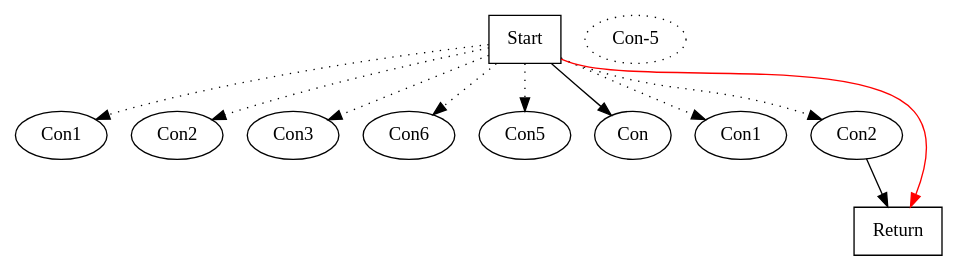
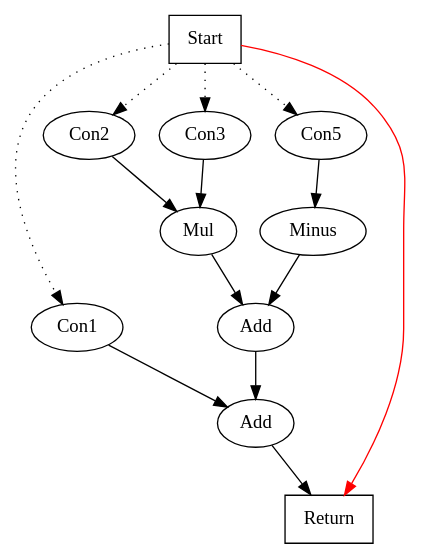
Before and after one commit to SeaOfNodes/Simple: the diagram in chapter02/docs/02-post-peephole-ex1.gv, drawn with Graphviz. The commit also changed 1 other file, not shown here.

Commit message:
Update pre-peephole diagram

```diff
--- a/chapter02/docs/02-post-peephole-ex1.gv
+++ b/chapter02/docs/02-post-peephole-ex1.gv
@@ -1,24 +1,27 @@
 digraph chapter02
 {
 	Start1 [shape=box,  label="Start"];
 	Con12 [ label="Con1"];
 	Start1 -> Con12 [style=dotted];
 	Con23 [ label="Con2"];
 	Start1 -> Con23 [style=dotted];
 	Con34 [ label="Con3"];
 	Start1 -> Con34 [style=dotted];
-	Con66 [ label="Con6"];
-	Start1 -> Con66 [style=dotted];
-	Con57 [ label="Con5"];
-	Start1 -> Con57 [style=dotted];
-	Con-59 [ label="Con-5"];
-	Start1 -> Con-59 [style=dotted];
-	Con111 [ label="Con1"];
-	Start1 -> Con111 [style=dotted];
-	Con213 [ label="Con2"];
-	Start1 -> Con213 [style=dotted];
-	Return14 [shape=box,  label="Return"];
-	Con213 -> Return14;
+	Mul5 [ label="Mul"];
+	Con23 -> Mul5;
+	Con34 -> Mul5;
+	Con56 [ label="Con5"];
+	Start1 -> Con56 [style=dotted];
+	Minus7 [ label="Minus"];
+	Con56 -> Minus7;
+	Add8 [ label="Add"];
+	Mul5 -> Add8;
+	Minus7 -> Add8;
+	Add9 [ label="Add"];
+	Con12 -> Add9;
+	Add8 -> Add9;
+	Return10 [shape=box,  label="Return"];
+	Add9 -> Return10;
 	edge [color=red];
-	Start1 -> Return14;
+	Start1 -> Return10;
 }
```
